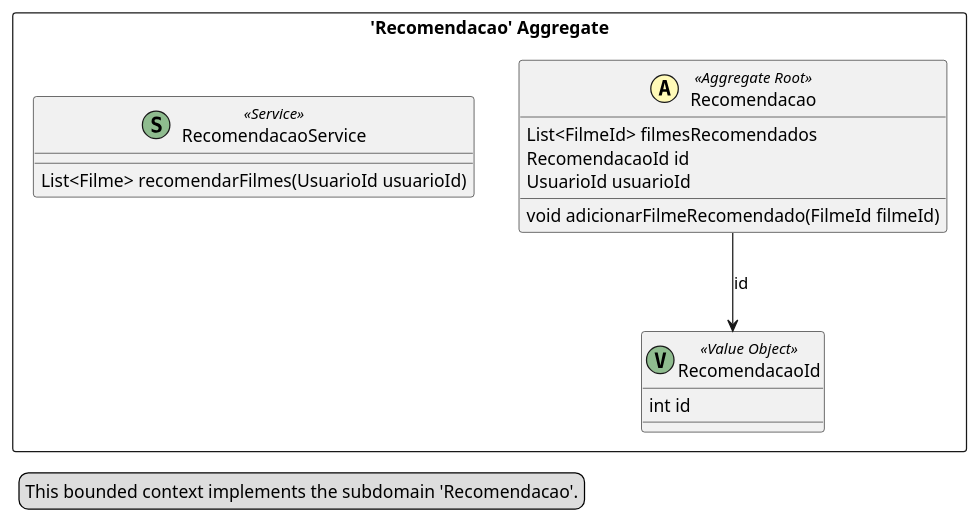
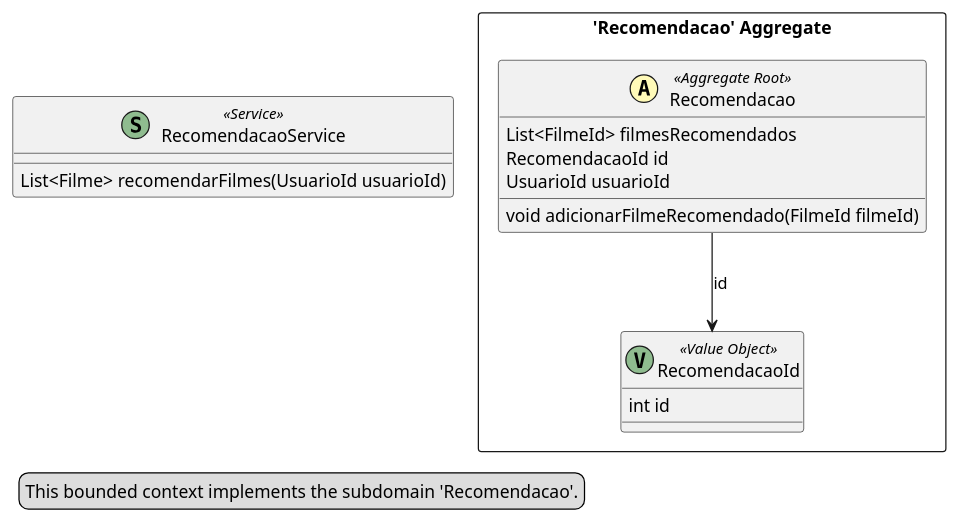
Before and after one commit to mariajuliapessoa/Plataforma-de-Cinema-Brasileiro: the diagram in src-gen/Bracine_BC_Recomendacao.puml, drawn with PlantUML. The commit also changed 10 other files, not shown here.

```diff
--- a/src-gen/Bracine_BC_Recomendacao.puml
+++ b/src-gen/Bracine_BC_Recomendacao.puml
@@ -1,25 +1,25 @@
 @startuml
 
 skinparam componentStyle uml2
 
 package "'Recomendacao' Aggregate" <<Rectangle>> {
 	class Recomendacao <<(A,#fffab8) Aggregate Root>> {
 		List<FilmeId> filmesRecomendados
 		RecomendacaoId id
 		UsuarioId usuarioId
 		void adicionarFilmeRecomendado(FilmeId filmeId)
 	}
 	class RecomendacaoId <<(V,DarkSeaGreen) Value Object>> {
 		int id
 	}
-	class RecomendacaoService <<(S,DarkSeaGreen) Service>> {
-		List<Filme> recomendarFilmes(UsuarioId usuarioId)
-	}
+}
+class RecomendacaoService <<(S,DarkSeaGreen) Service>> {
+	List<Filme> recomendarFilmes(UsuarioId usuarioId)
 }
 Recomendacao --> RecomendacaoId : id
 legend left
   This bounded context implements the subdomain 'Recomendacao'.
 end legend
 
 
 @enduml
```
